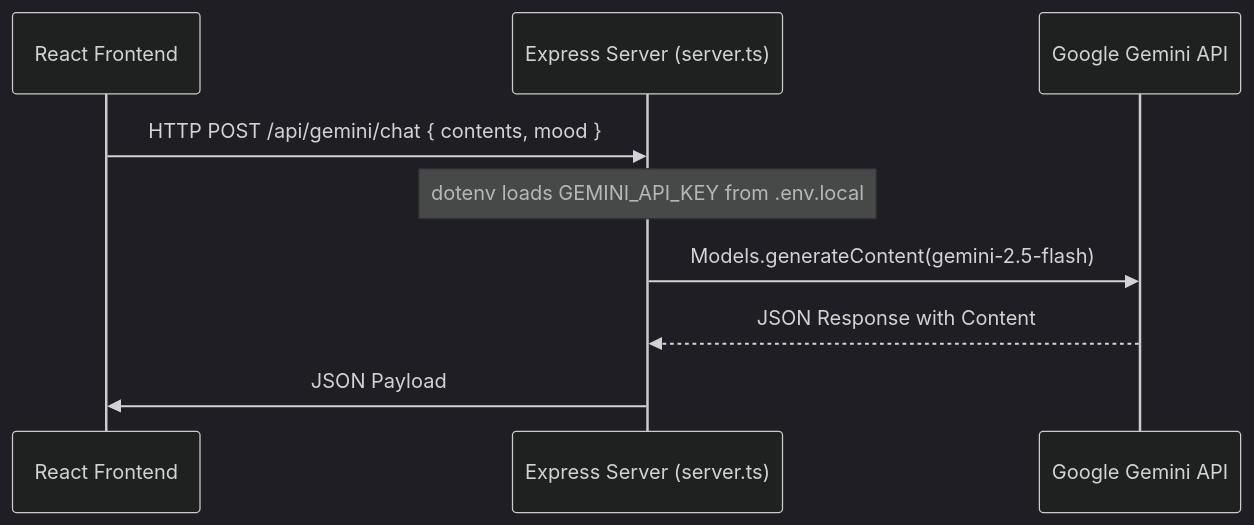
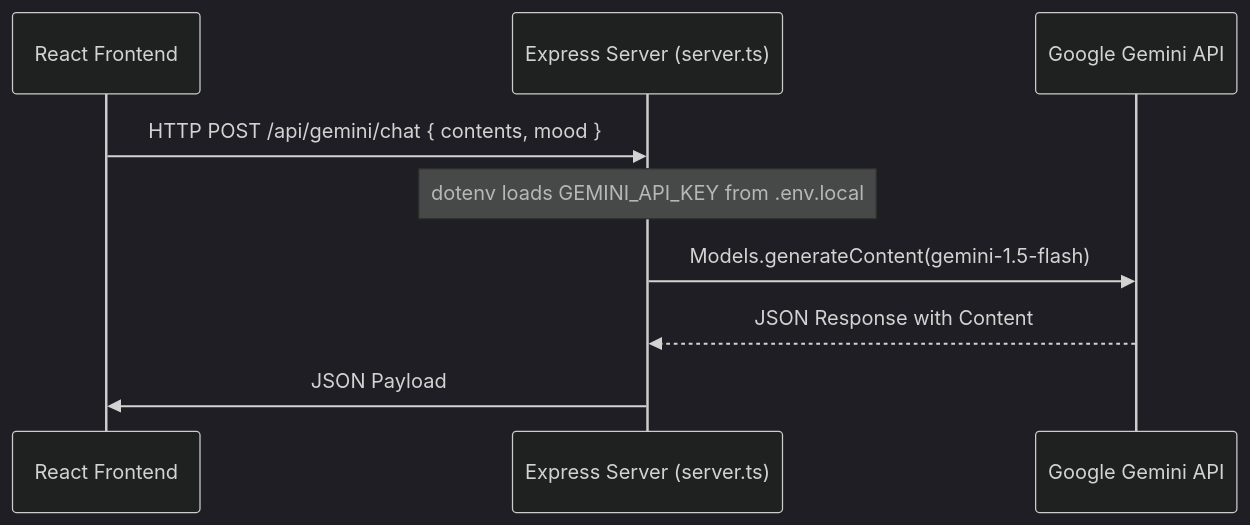
The diagram in README.md (VanshMiglani007/flowmind-ai), drawn with Mermaid (dark theme) before and after one commit. The commit also changed other lines of this file and 5 other files, not shown here.

````diff
--- a/README.md
+++ b/README.md
@@ -201,12 +201,12 @@
 ```mermaid
 sequenceDiagram
     participant User as React Frontend
     participant Server as Express Server (server.ts)
     participant Gemini as Google Gemini API
 
     User->>Server: HTTP POST /api/gemini/chat { contents, mood }
     Note over Server: dotenv loads GEMINI_API_KEY from .env.local
-    Server->>Gemini: Models.generateContent(gemini-2.5-flash)
+    Server->>Gemini: Models.generateContent(gemini-1.5-flash)
     Gemini-->>Server: JSON Response with Content
     Server->>User: JSON Payload
 ```
````
